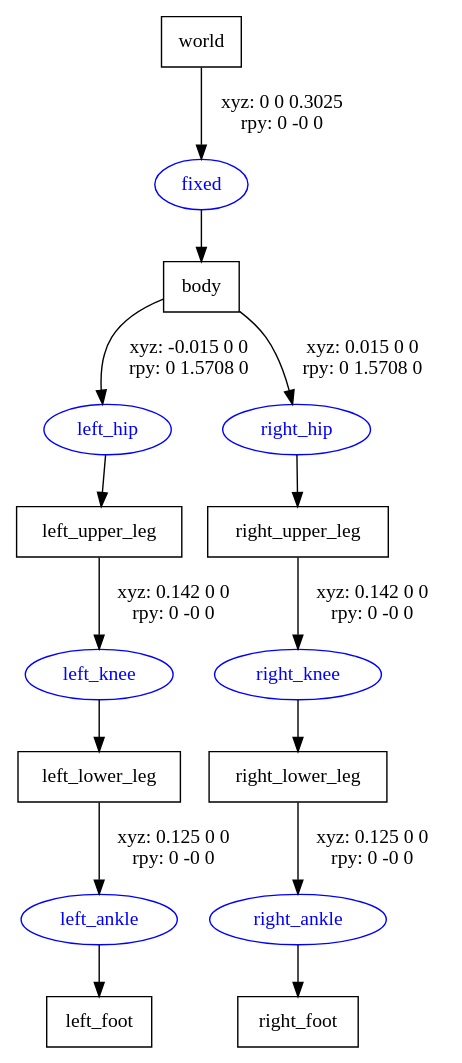
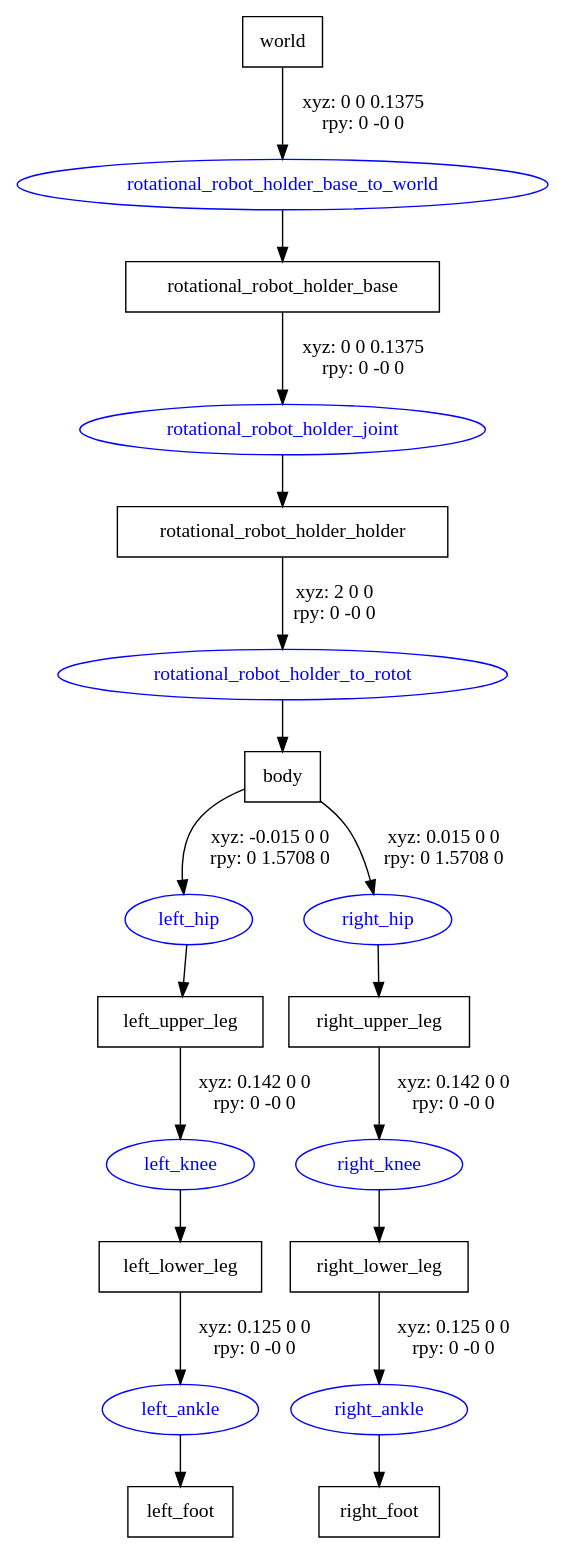
One commit to pmanoonpong/RuBi changed the diagram in src/dacbot_description/urdf/dacbot.gv. Above: the diagram before and after it, drawn with Graphviz. The commit also changed 5 other files, not shown here.

Commit message:
added rotational robot holder

```diff
--- a/src/dacbot_description/urdf/dacbot.gv
+++ b/src/dacbot_description/urdf/dacbot.gv
@@ -1,26 +1,32 @@
 digraph G {
 node [shape=box];
 "world" [label="world"];
+"rotational_robot_holder_base" [label="rotational_robot_holder_base"];
+"rotational_robot_holder_holder" [label="rotational_robot_holder_holder"];
 "body" [label="body"];
 "left_upper_leg" [label="left_upper_leg"];
 "left_lower_leg" [label="left_lower_leg"];
 "left_foot" [label="left_foot"];
 "right_upper_leg" [label="right_upper_leg"];
 "right_lower_leg" [label="right_lower_leg"];
 "right_foot" [label="right_foot"];
 node [shape=ellipse, color=blue, fontcolor=blue];
-"world" -> "fixed" [label="xyz: 0 0 0.3025 \nrpy: 0 -0 0"]
-"fixed" -> "body"
+"world" -> "rotational_robot_holder_base_to_world" [label="xyz: 0 0 0.1375 \nrpy: 0 -0 0"]
+"rotational_robot_holder_base_to_world" -> "rotational_robot_holder_base"
+"rotational_robot_holder_base" -> "rotational_robot_holder_joint" [label="xyz: 0 0 0.1375 \nrpy: 0 -0 0"]
+"rotational_robot_holder_joint" -> "rotational_robot_holder_holder"
+"rotational_robot_holder_holder" -> "rotational_robot_holder_to_rotot" [label="xyz: 2 0 0 \nrpy: 0 -0 0"]
+"rotational_robot_holder_to_rotot" -> "body"
 "body" -> "left_hip" [label="xyz: -0.015 0 0 \nrpy: 0 1.5708 0"]
 "left_hip" -> "left_upper_leg"
 "left_upper_leg" -> "left_knee" [label="xyz: 0.142 0 0 \nrpy: 0 -0 0"]
 "left_knee" -> "left_lower_leg"
 "left_lower_leg" -> "left_ankle" [label="xyz: 0.125 0 0 \nrpy: 0 -0 0"]
 "left_ankle" -> "left_foot"
 "body" -> "right_hip" [label="xyz: 0.015 0 0 \nrpy: 0 1.5708 0"]
 "right_hip" -> "right_upper_leg"
 "right_upper_leg" -> "right_knee" [label="xyz: 0.142 0 0 \nrpy: 0 -0 0"]
 "right_knee" -> "right_lower_leg"
 "right_lower_leg" -> "right_ankle" [label="xyz: 0.125 0 0 \nrpy: 0 -0 0"]
 "right_ankle" -> "right_foot"
 }
```
